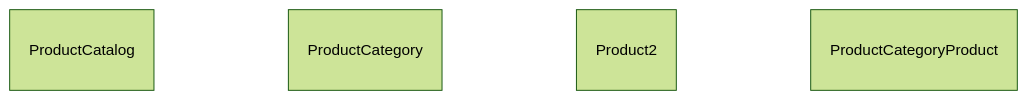
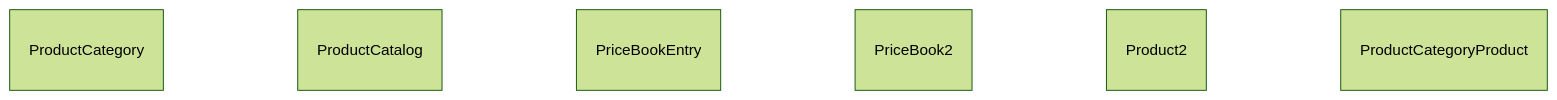
The first of 2 diagrams in docs/configuracion/intro.md (sebastianclaros/teatime), drawn with Mermaid (forest theme) before and after one commit. The commit also changed other lines of this file and 27 other files, not shown here.

````diff
--- a/docs/configuracion/intro.md
+++ b/docs/configuracion/intro.md
@@ -29,13 +30,17 @@
 ```mermaid
 erDiagram
 
+ProductCategory {
+}
 ProductCatalog {
 }
-ProductCategory {
+PriceBookEntry {
+}
+PriceBook2 {
 }
 Product2 {
 }
 ProductCategoryProduct {
 }
 
 ```
````
